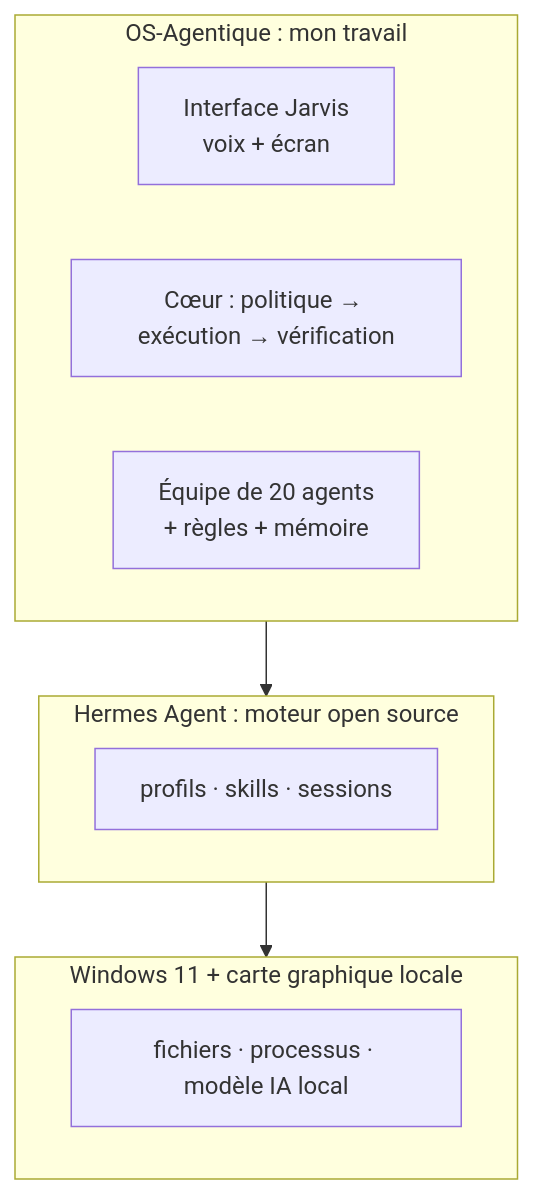
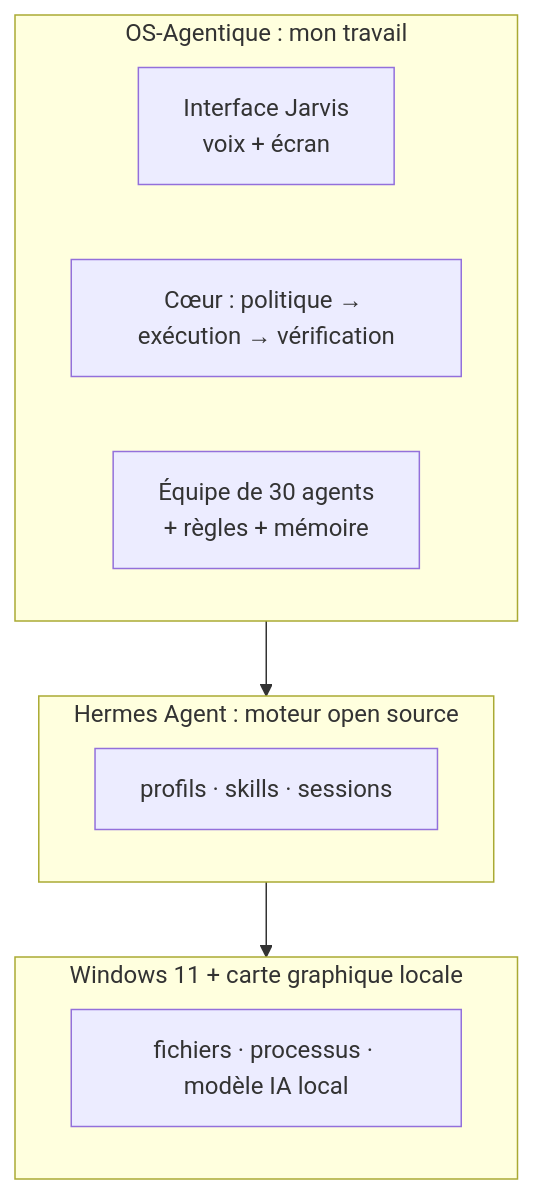
One commit to Dow08/OS-Agentique_showcase changed the second of 3 diagrams in docs/fr/conception.md. Above: the diagram before and after it, drawn with Mermaid. The commit also changed other lines of this file and 7 other files, not shown here.

````diff
--- a/docs/fr/conception.md
+++ b/docs/fr/conception.md
@@ -35,16 +35,16 @@
 ```mermaid
 flowchart TB
     subgraph L3["OS-Agentique : mon travail"]
         direction LR
         U["Interface Jarvis<br/>voix + écran"]
         CORE["Cœur : politique → exécution → vérification"]
-        TEAM["Équipe de 20 agents<br/>+ règles + mémoire"]
+        TEAM["Équipe de 30 agents<br/>+ règles + mémoire"]
     end
     subgraph L2["Hermes Agent : moteur open source"]
         E["profils · skills · sessions"]
     end
     subgraph L1["Windows 11 + carte graphique locale"]
         W["fichiers · processus · modèle IA local"]
     end
     L3 --> L2 --> L1
 ```
````
